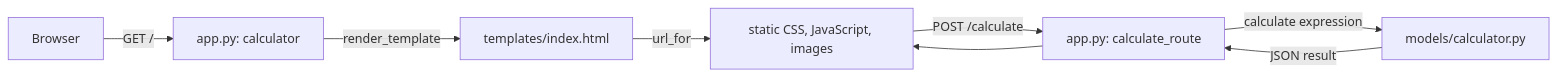
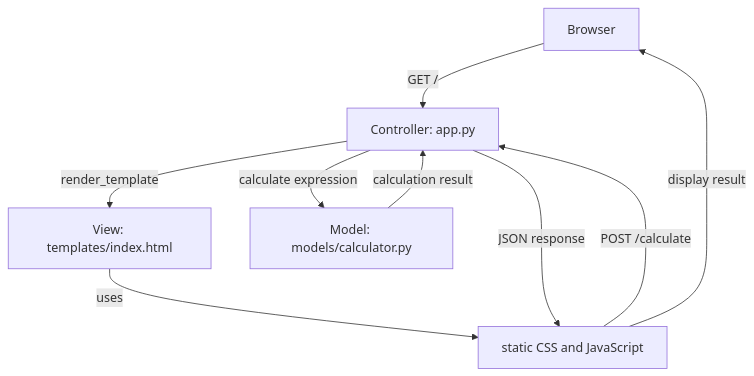
The diagram in README.md (caml07/calc-slang-for-calculator-), drawn with Mermaid before and after one commit. The commit also changed other lines of this file, not shown here.

Commit message:
docs: amplia arquitectura mvc

````diff
--- a/README.md
+++ b/README.md
@@ -70,10 +76,11 @@
 ```mermaid
-flowchart LR
-    Browser -->|GET /| Controller[app.py: calculator]
-    Controller -->|render_template| View[templates/index.html]
-    View -->|url_for| Static[static CSS, JavaScript, images]
-    Static -->|POST /calculate| Calculate[app.py: calculate_route]
-    Calculate -->|"calculate expression"| Model[models/calculator.py]
-    Model -->|JSON result| Calculate
-    Calculate --> Static
+flowchart TD
+    Browser[Browser] -->|GET /| Controller[Controller: app.py]
+    Controller -->|render_template| View[View: templates/index.html]
+    View -->|uses| Assets[static CSS and JavaScript]
+    Assets -->|POST /calculate| Controller
+    Controller -->|calculate expression| Model[Model: models/calculator.py]
+    Model -->|calculation result| Controller
+    Controller -->|JSON response| Assets
+    Assets -->|display result| Browser
 ```
````
